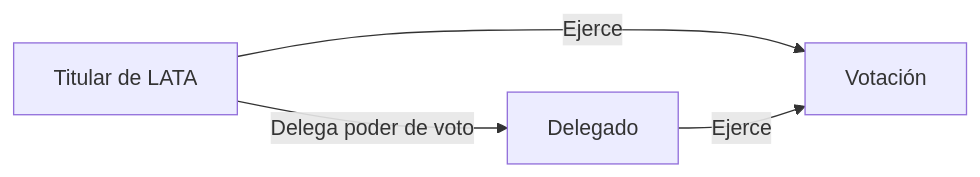
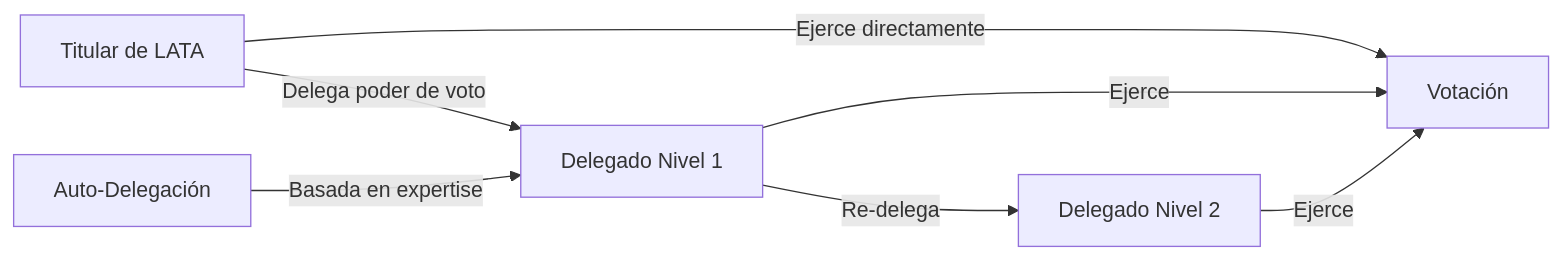
Before and after one commit to eth-ecuador/eth-ecuador-dao: the fourth of 5 diagrams in YellowPaper.md, drawn with Mermaid. The commit also changed other lines of this file, not shown here.

````diff
--- a/YellowPaper.md
+++ b/YellowPaper.md
@@ -209,6 +266,9 @@
 ```mermaid
 graph LR
-    A[Titular de LATA] -->|Delega poder de voto| B[Delegado]
-    A --> |Ejerce| C
-    B -->|Ejerce| C[Votación]
+    A[Titular de LATA] -->|Delega poder de voto| B[Delegado Nivel 1]
+    A -->|Ejerce directamente| D[Votación]
+    B -->|Re-delega| C[Delegado Nivel 2]
+    B -->|Ejerce| D
+    C -->|Ejerce| D
+    E[Auto-Delegación] -->|Basada en expertise| B
 ```
````
